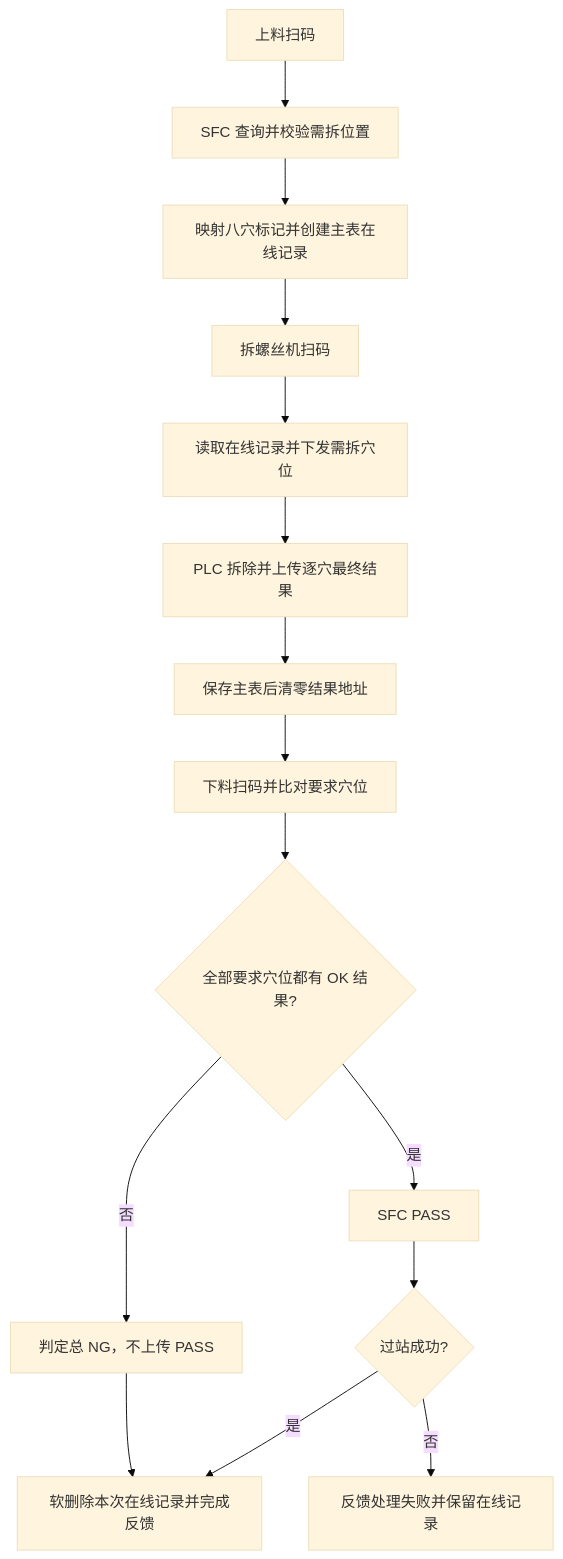
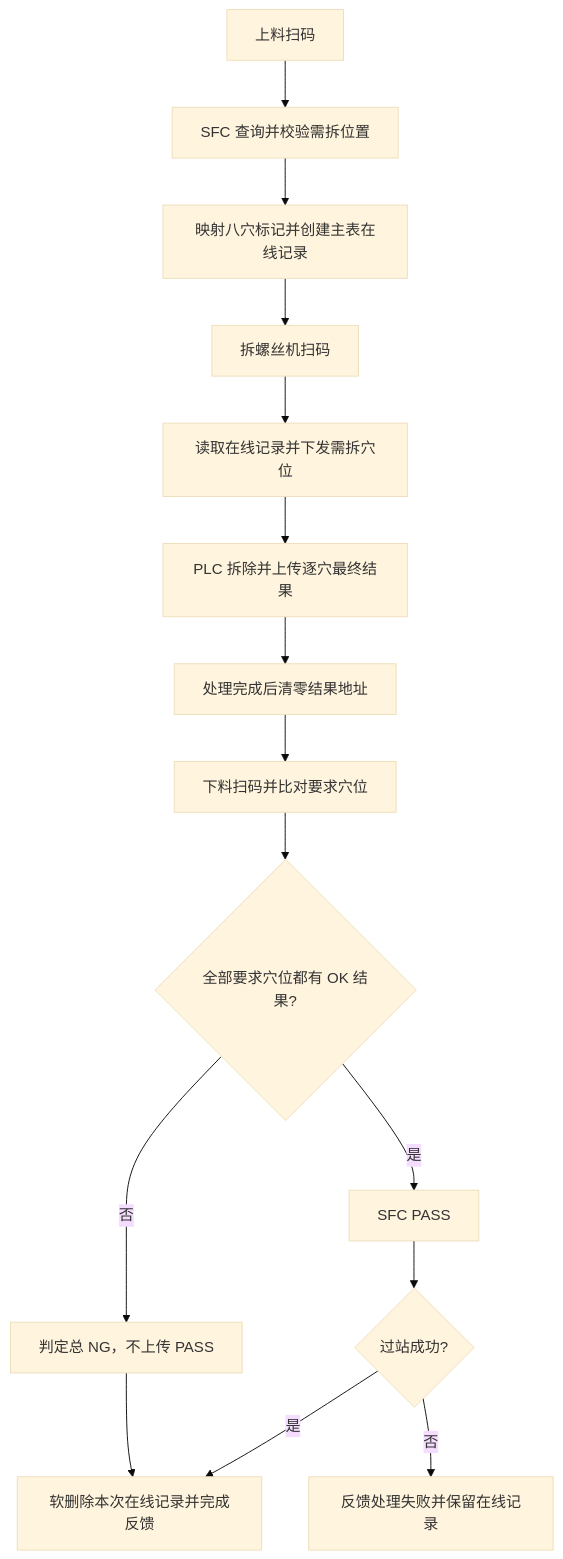
One commit to NullRefer/SocammRework changed the diagram in doc/业务流程说明.md. Above: the diagram before and after it, drawn with Mermaid (base theme). The commit also changed other lines of this file and 3 other files, not shown here.

````diff
--- a/doc/业务流程说明.md
+++ b/doc/业务流程说明.md
@@ -19,17 +19,17 @@
 ```mermaid
 flowchart TD
     A[上料扫码] --> B[SFC 查询并校验需拆位置]
     B --> C[映射八穴标记并创建主表在线记录]
     C --> D[拆螺丝机扫码]
     D --> E[读取在线记录并下发需拆穴位]
     E --> F[PLC 拆除并上传逐穴最终结果]
-    F --> G[保存主表后清零结果地址]
+    F --> G[处理完成后清零结果地址]
     G --> H[下料扫码并比对要求穴位]
     H --> I{全部要求穴位都有 OK 结果?}
     I -->|是| J[SFC PASS]
     J --> K{过站成功?}
     K -->|是| L[软删除本次在线记录并完成反馈]
     K -->|否| M[反馈处理失败并保留在线记录]
     I -->|否| N[判定总 NG，不上传 PASS]
     N --> L
 ```
````
